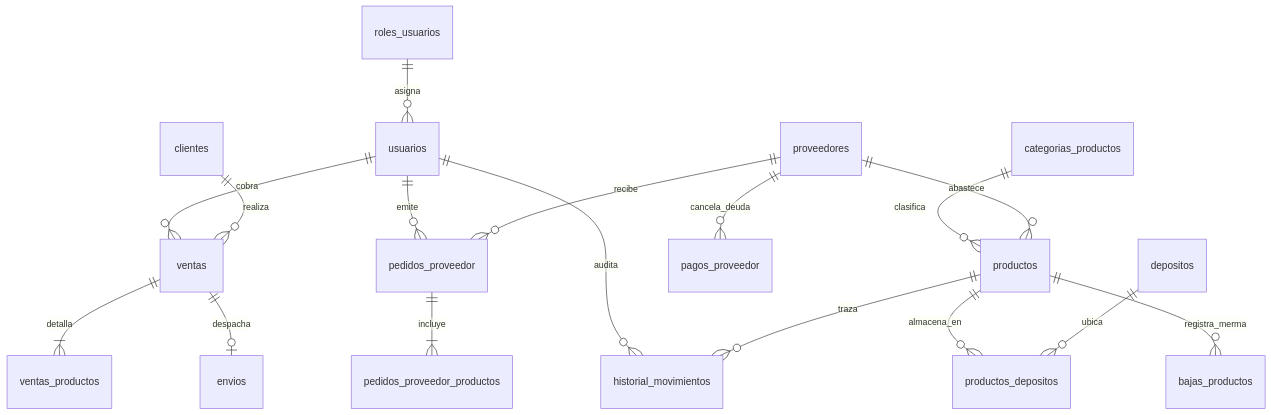
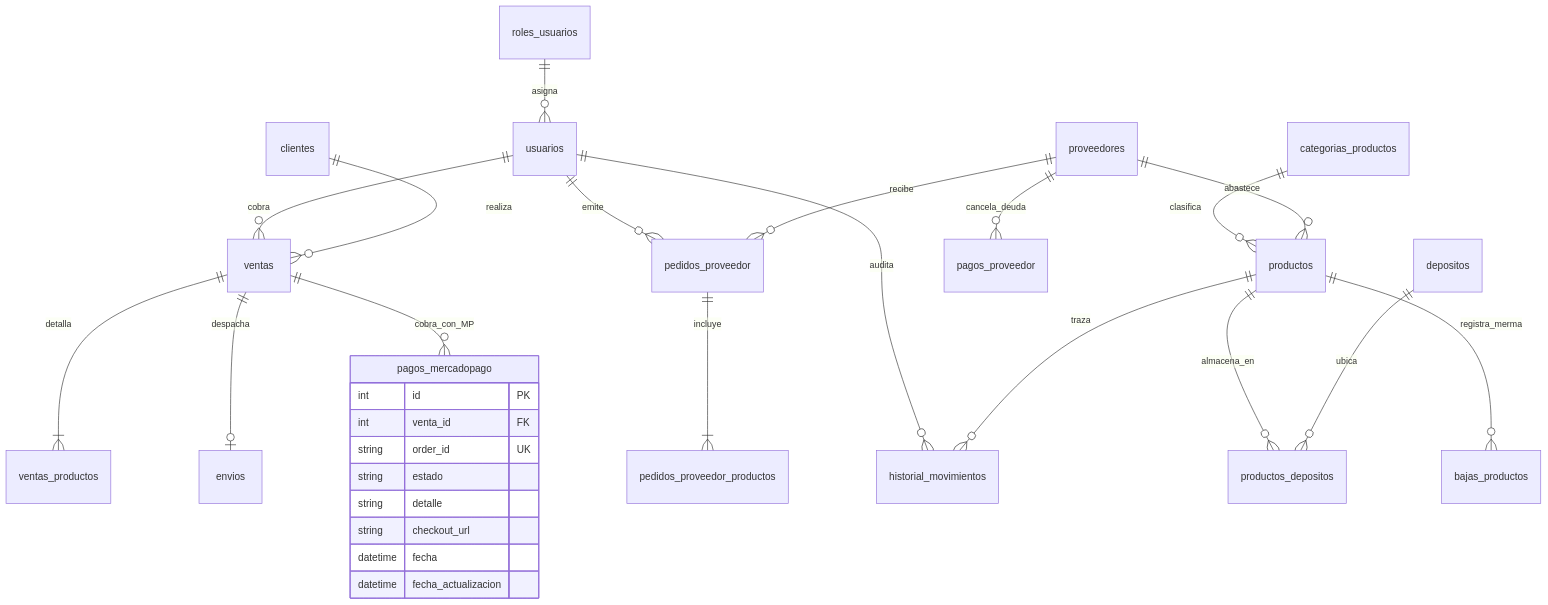
The second of 6 diagrams in supermercado/docs/DOCUMENTACION.md (Yannick-Raijman-DV/Jumbox-Analisis-Metodologias-Sistemas), drawn with Mermaid before and after one commit. The commit also changed other lines of this file and 21 other files, not shown here.

````diff
--- a/supermercado/docs/DOCUMENTACION.md
+++ b/supermercado/docs/DOCUMENTACION.md
@@ -134,19 +150,30 @@
 ```mermaid
 erDiagram
     roles_usuarios ||--o{ usuarios : asigna
     usuarios ||--o{ ventas : cobra
     usuarios ||--o{ pedidos_proveedor : emite
     usuarios ||--o{ historial_movimientos : audita
     clientes ||--o{ ventas : realiza
     ventas ||--|{ ventas_productos : detalla
     ventas ||--o| envios : despacha
     categorias_productos ||--o{ productos : clasifica
     proveedores ||--o{ productos : abastece
     proveedores ||--o{ pedidos_proveedor : recibe
     proveedores ||--o{ pagos_proveedor : cancela_deuda
     pedidos_proveedor ||--|{ pedidos_proveedor_productos : incluye
     productos ||--o{ productos_depositos : almacena_en
     depositos ||--o{ productos_depositos : ubica
     productos ||--o{ bajas_productos : registra_merma
     productos ||--o{ historial_movimientos : traza
+    ventas ||--o{ pagos_mercadopago : cobra_con_MP
+    pagos_mercadopago {
+        int id PK
+        int venta_id FK
+        string order_id UK
+        string estado
+        string detalle
+        string checkout_url
+        datetime fecha
+        datetime fecha_actualizacion
+    }
 ```
````
